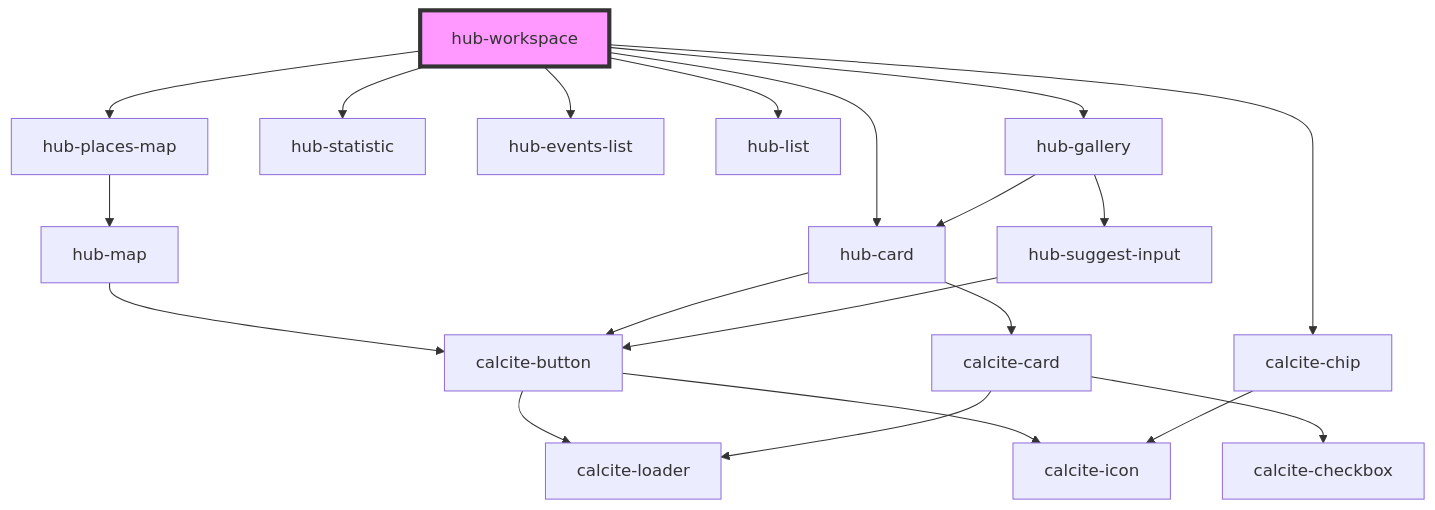
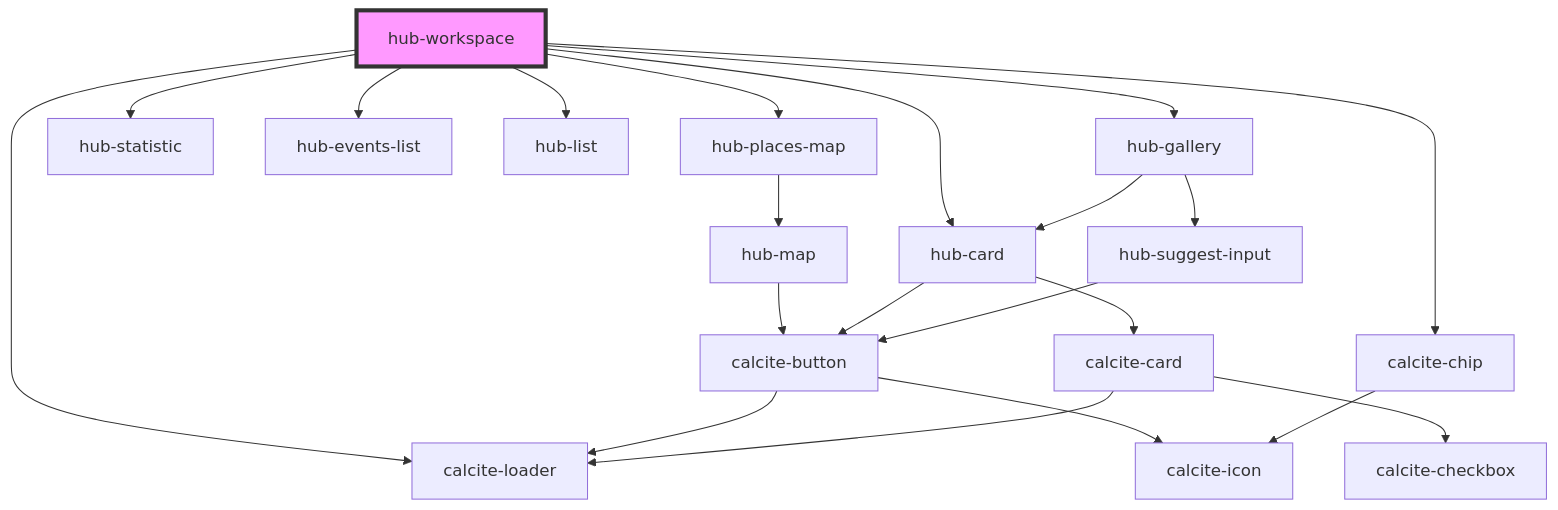
Before and after one commit to esridc/hub-components-experiments: the diagram in src/components/containers/hub-workspace/readme.md, drawn with Mermaid. The commit also changed other lines of this file and 12 other files, not shown here.

````diff
--- a/src/components/containers/hub-workspace/readme.md
+++ b/src/components/containers/hub-workspace/readme.md
@@ -28,23 +29,24 @@
 ```mermaid
 graph TD;
   hub-workspace --> hub-places-map
   hub-workspace --> hub-statistic
   hub-workspace --> calcite-chip
   hub-workspace --> hub-events-list
   hub-workspace --> hub-list
   hub-workspace --> hub-card
   hub-workspace --> hub-gallery
+  hub-workspace --> calcite-loader
   hub-places-map --> hub-map
   hub-map --> calcite-button
   calcite-button --> calcite-loader
   calcite-button --> calcite-icon
   calcite-chip --> calcite-icon
   hub-card --> calcite-button
   hub-card --> calcite-card
   calcite-card --> calcite-loader
   calcite-card --> calcite-checkbox
   hub-gallery --> hub-card
   hub-gallery --> hub-suggest-input
   hub-suggest-input --> calcite-button
   style hub-workspace fill:#f9f,stroke:#333,stroke-width:4px
 ```
````
